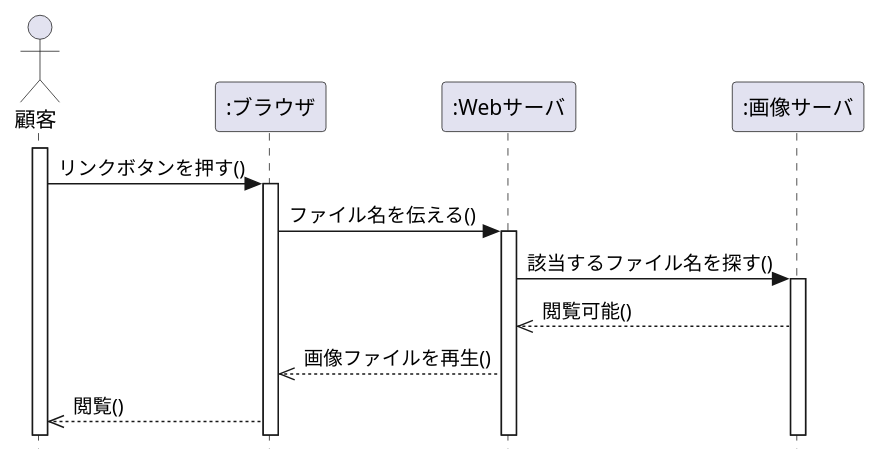
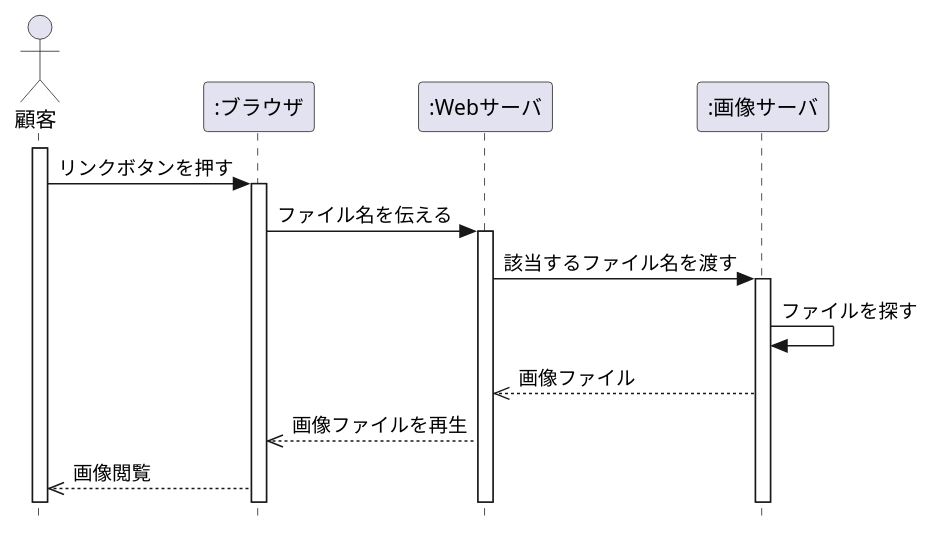
One commit to Yamamoto0818/uml-intro changed the diagram in 演習4-6_SD_Web画像検索.pu. Above: the diagram before and after it, drawn with PlantUML.

Commit message:
課題

```diff
--- a/演習4-6_SD_Web画像検索.pu
+++ b/演習4-6_SD_Web画像検索.pu
@@ -1,24 +1,23 @@
 @startuml 演習4-6
 
 hide footbox
 
 skinparam style strictuml /' 厳密なUMLに準拠する'/
 Actor 顧客 as user
 participant ":ブラウザ" as browser
 participant ":Webサーバ" as webserver
 participant ":画像サーバ" as server
 
 activate user
-user -> browser : リンクボタンを押す()
+user -> browser : リンクボタンを押す
 activate browser
-browser -> webserver : ファイル名を伝える()
+browser -> webserver : ファイル名を伝える
 activate webserver
-webserver -> server : 該当するファイル名を探す()
+webserver -> server : 該当するファイル名を渡す
 activate server
-webserver <<-- server : 閲覧可能()
-browser <<-- webserver : 画像ファイルを再生()
-user <<-- browser : 閲覧()
-
-    
+server -> server : ファイルを探す
+webserver <<-- server : 画像ファイル
+browser <<-- webserver : 画像ファイルを再生
+user <<-- browser : 画像閲覧
 
 @enduml
```
